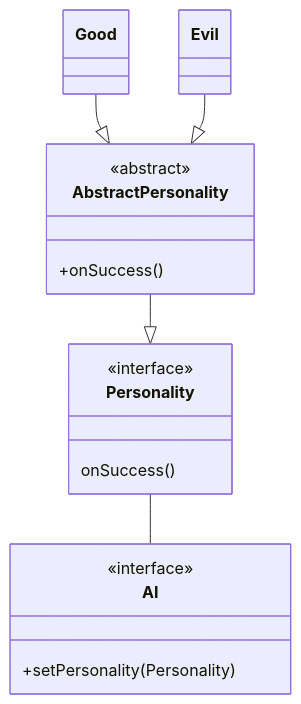
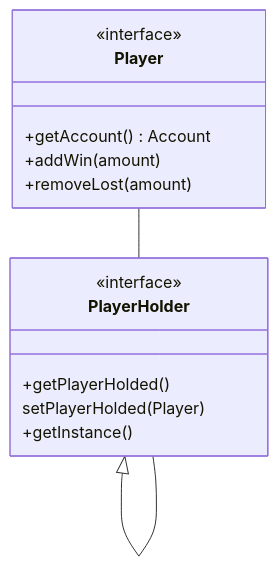
Before and after one commit to MatteoCalvanico/pss23-Calvanico-Monti-Ghinelli-VirtualCasino: the third of 4 diagrams in Relazione.md, drawn with Mermaid. The commit also changed other lines of this file, not shown here.

````diff
--- a/Relazione.md
+++ b/Relazione.md
@@ -250,24 +137,19 @@
 ```mermaid
 classDiagram
+class Player {
+    +getAccount() Account
+    +addWin(amount)
+    +removeLost(amount)
+}
+<<interface>> Player
 
-class Personality {
-    onSuccess()
+class PlayerHolder {
+    +getPlayerHolded()
+    setPlayerHolded(Player)
+    +getInstance()
 }
-<<interface>> Personality
+<<interface>> PlayerHolder
 
-class AbstractPersonality {
-    +onSuccess()
-}
-<<abstract>> AbstractPersonality
-
-class AI {
-    +setPersonality(Personality)
-}
-<<interface>> AI
-
-AbstractPersonality --|> Personality
-Personality -- AI
-Good --|> AbstractPersonality
-Evil --|> AbstractPersonality
-
+Player -- PlayerHolder
+PlayerHolder <|-- PlayerHolder
 ```
````
